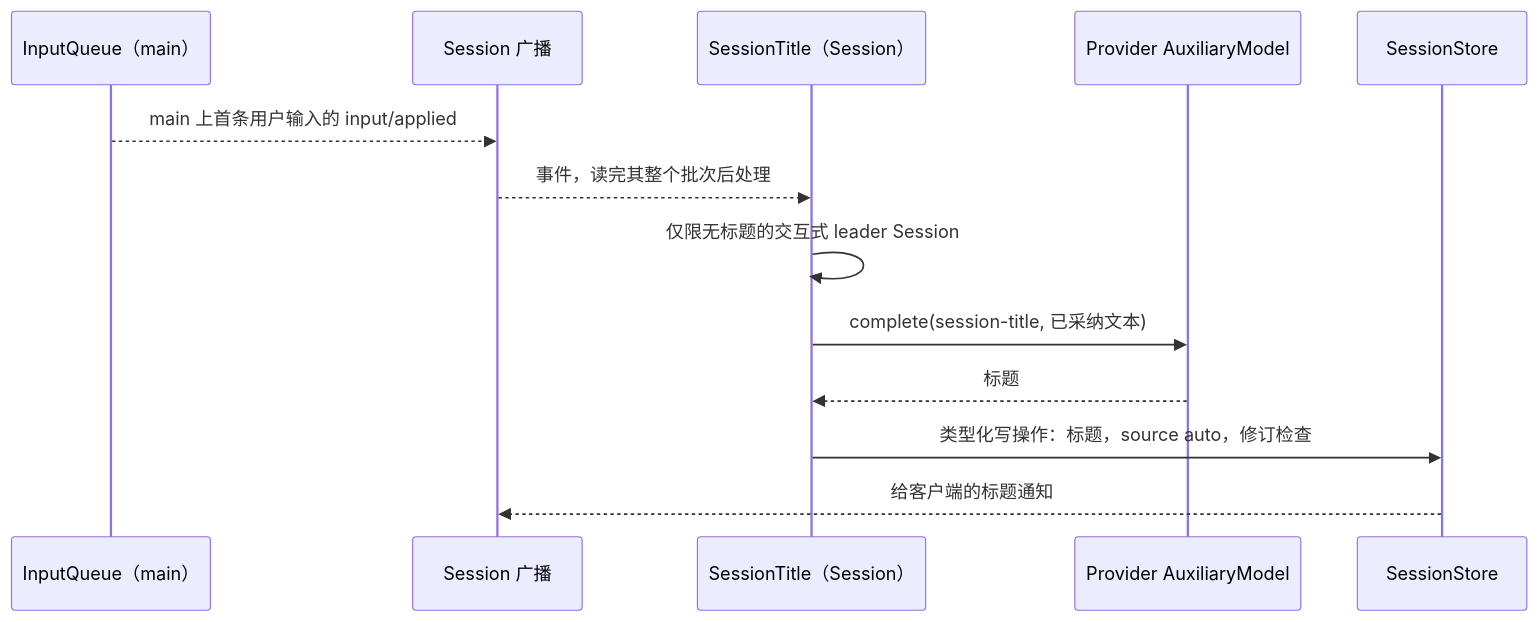
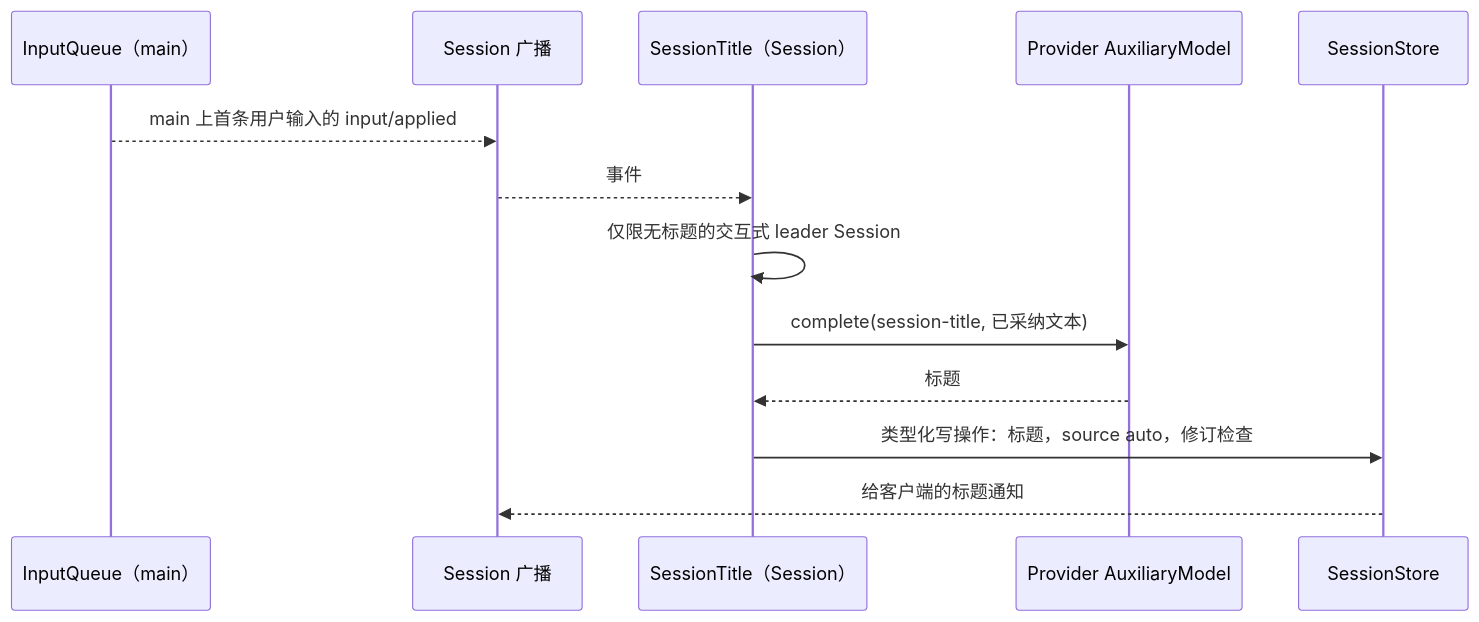
The fifth of 8 diagrams in docs/zh/design/overview.md (CoutinhoTTS/dim-agent), drawn with Mermaid before and after one commit. The commit also changed other lines of this file and 9 other files, not shown here.

````diff
--- a/docs/zh/design/overview.md
+++ b/docs/zh/design/overview.md
@@ -234,15 +234,15 @@
 ```mermaid
 sequenceDiagram
   participant IQ as InputQueue（main）
   participant BC as Session 广播
   participant ST as SessionTitle（Session）
   participant PR as Provider AuxiliaryModel
   participant SS as SessionStore
   IQ-->>BC: main 上首条用户输入的 input/applied
-  BC-->>ST: 事件，读完其整个批次后处理
+  BC-->>ST: 事件
   ST->>ST: 仅限无标题的交互式 leader Session
   ST->>PR: complete(session-title, 已采纳文本)
   PR-->>ST: 标题
   ST->>SS: 类型化写操作：标题，source auto，修订检查
   SS-->>BC: 给客户端的标题通知
 ```
````
